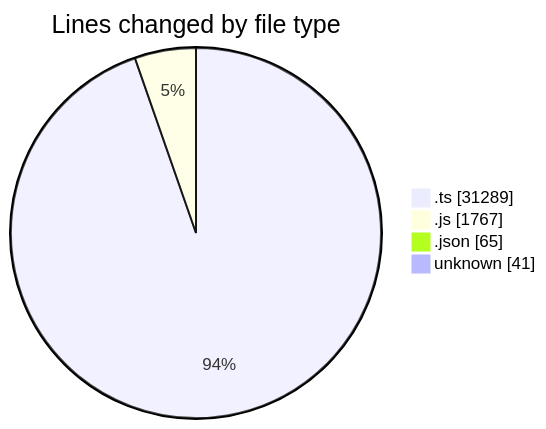
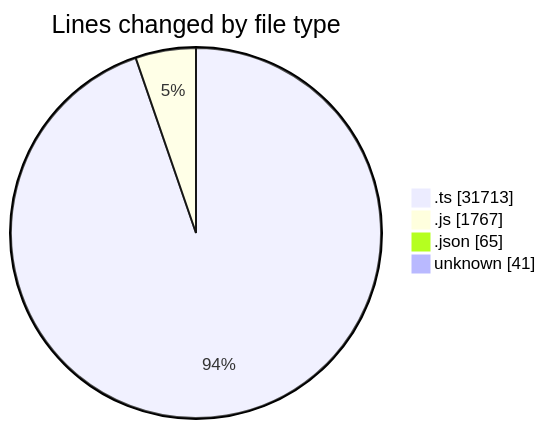
Before and after one commit to momahboobian/code-tracking: the first of 2 diagrams in 2025-07-31/cda/README.md, drawn with Mermaid. The commit also changed other lines of this file and 1 other file, not shown here.

````diff
--- a/2025-07-31/cda/README.md
+++ b/2025-07-31/cda/README.md
@@ -27,8 +27,8 @@
 ```mermaid
 pie showData
 title Lines changed by file type
-".ts" : 31289
+".ts" : 31713
 ".js" : 1767
 ".json" : 65
 "unknown" : 41
 ```
````
